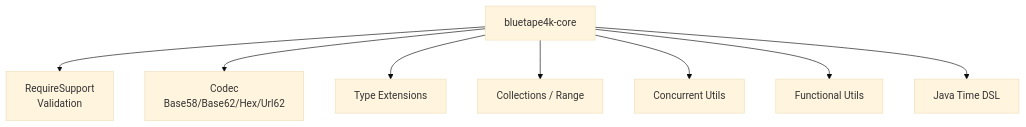
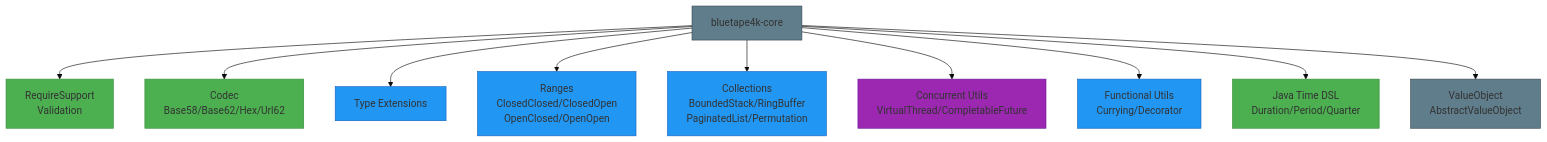
Before and after one commit to bluetape4k/bluetape4k-projects: the first of 3 diagrams in bluetape4k/core/README.md, drawn with Mermaid (base theme). The commit also changed other lines of this file and 74 other files, not shown here.

First line of the commit message:
docs: bluetape4k/core/coroutines/logging, io/feign~vertx README 색상 Mermaid UML 추가

````diff
--- a/bluetape4k/core/README.md
+++ b/bluetape4k/core/README.md
@@ -7,19 +9,28 @@
 ```mermaid
 flowchart TD
-    Core["bluetape4k-core"]
-    Validation["RequireSupport<br/>Validation"]
-    Codec["Codec<br/>Base58/Base62/Hex/Url62"]
-    Extensions["Type Extensions"]
-    Collections["Collections / Range"]
-    Concurrent["Concurrent Utils"]
-    Functional["Functional Utils"]
-    Time["Java Time DSL"]
+    Core["bluetape4k-core"]:::coreStyle
+    Validation["RequireSupport<br/>Validation"]:::serviceStyle
+    Codec["Codec<br/>Base58/Base62/Hex/Url62"]:::serviceStyle
+    Extensions["Type Extensions"]:::utilStyle
+    Ranges["Ranges<br/>ClosedClosed/ClosedOpen<br/>OpenClosed/OpenOpen"]:::utilStyle
+    Collections["Collections<br/>BoundedStack/RingBuffer<br/>PaginatedList/Permutation"]:::utilStyle
+    Concurrent["Concurrent Utils<br/>VirtualThread/CompletableFuture"]:::asyncStyle
+    Functional["Functional Utils<br/>Currying/Decorator"]:::utilStyle
+    Time["Java Time DSL<br/>Duration/Period/Quarter"]:::serviceStyle
+    ValueObject["ValueObject<br/>AbstractValueObject"]:::coreStyle
 
     Core --> Validation
     Core --> Codec
     Core --> Extensions
+    Core --> Ranges
     Core --> Collections
     Core --> Concurrent
     Core --> Functional
     Core --> Time
+    Core --> ValueObject
+
+    classDef coreStyle    fill:#607D8B,stroke:#37474F
+    classDef serviceStyle fill:#4CAF50,stroke:#388E3C
+    classDef utilStyle    fill:#2196F3,stroke:#1565C0
+    classDef asyncStyle   fill:#9C27B0,stroke:#6A1B9A
 ```
````
